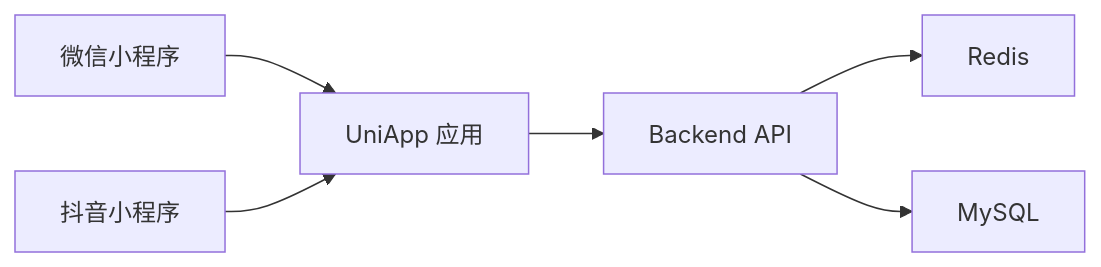
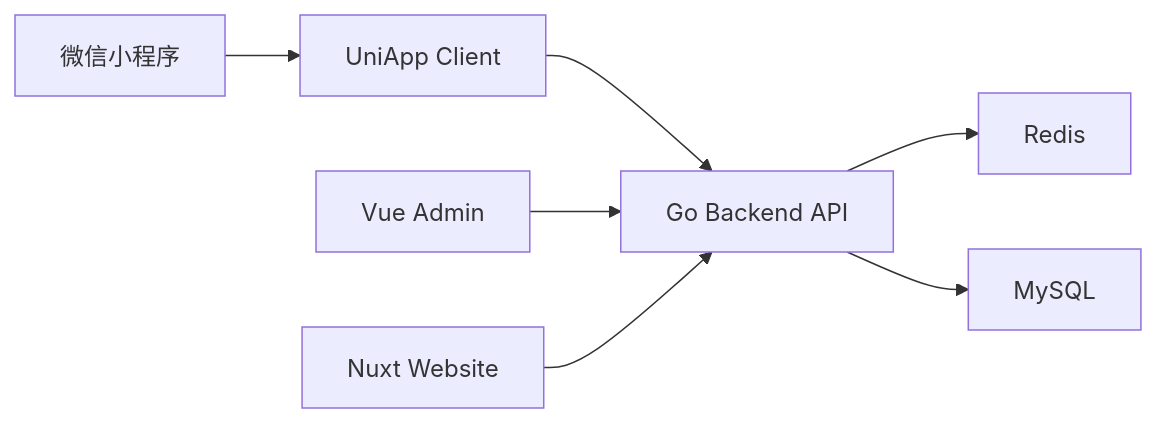
The second of 4 diagrams in README.md (gee-coder/template-uniapp-mini), drawn with Mermaid before and after one commit. The commit also changed other lines of this file and 17 other files, not shown here.

````diff
--- a/README.md
+++ b/README.md
@@ -64,8 +58,9 @@
 ```mermaid
 flowchart LR
-    Weixin["微信小程序"] --> Miniapp["UniApp 应用"]
-    Toutiao["抖音小程序"] --> Miniapp
-    Miniapp --> Backend["Backend API"]
+    Weixin["微信小程序"] --> Miniapp["UniApp Client"]
+    Miniapp --> Backend["Go Backend API"]
     Backend --> Redis["Redis"]
     Backend --> MySQL["MySQL"]
+    Admin["Vue Admin"] --> Backend
+    Website["Nuxt Website"] --> Backend
 ```
````
